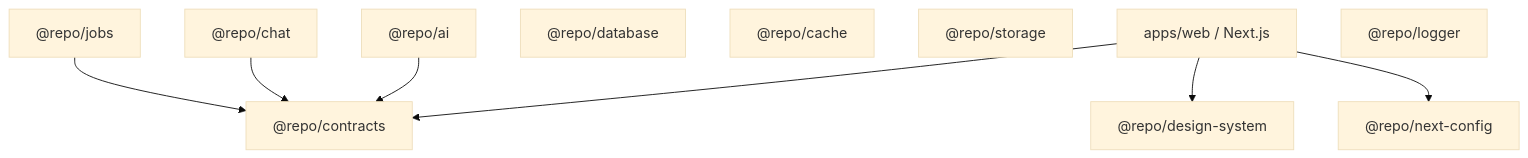
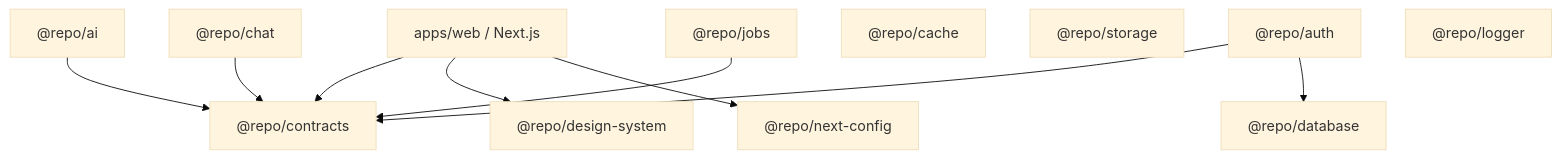
One commit to Loosand/chat changed the first of 2 diagrams in design.md. Above: the diagram before and after it, drawn with Mermaid (base theme). The commit also changed other lines of this file and 32 other files, not shown here.

````diff
--- a/design.md
+++ b/design.md
@@ -23,14 +23,15 @@
 ```mermaid
 flowchart TB
   Web["apps/web / Next.js"] --> Contracts["@repo/contracts"]
   Web --> UI["@repo/design-system"]
   Web --> Config["@repo/next-config"]
 
   AI["@repo/ai"] --> Contracts
   Chat["@repo/chat"] --> Contracts
-  Database["@repo/database"]
+  Auth["@repo/auth"] --> Contracts
+  Auth --> Database["@repo/database"]
   Cache["@repo/cache"]
   Storage["@repo/storage"]
   Jobs["@repo/jobs"] --> Contracts
   Logger["@repo/logger"]
 ```
````
